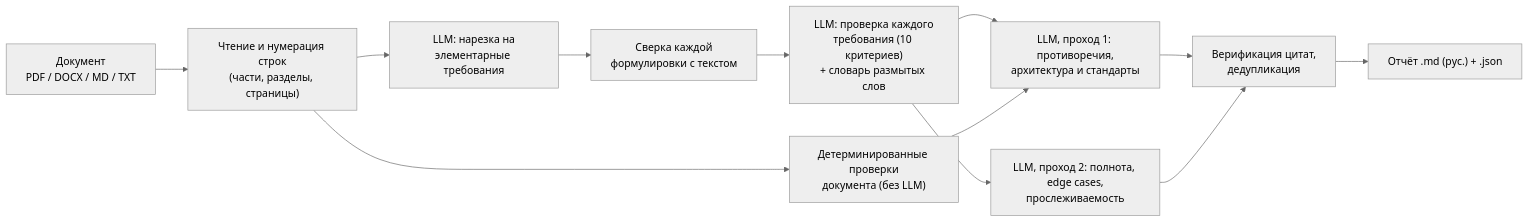
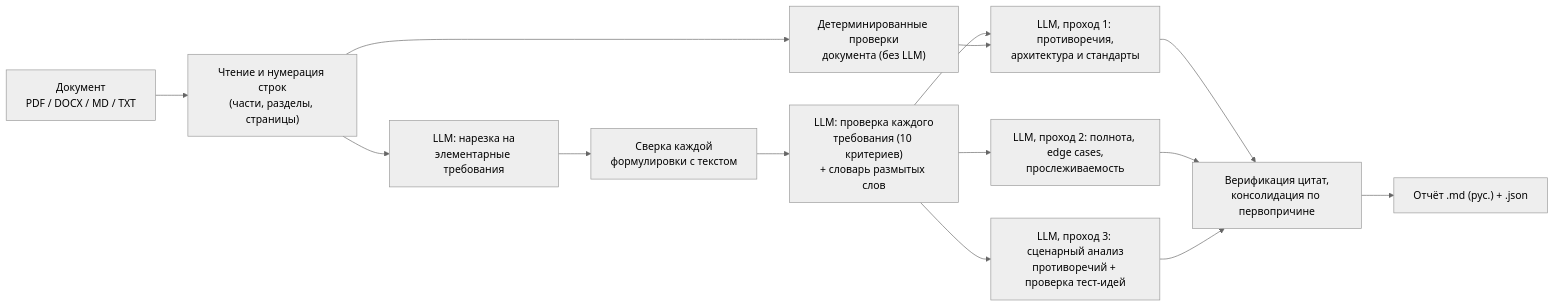
The diagram in README.md (gooflamingo75/req-review-agent), drawn with Mermaid (neutral theme) before and after one commit. The commit also changed other lines of this file and 6 other files, not shown here.

````diff
--- a/README.md
+++ b/README.md
@@ -128,14 +128,16 @@
 ```mermaid
 flowchart LR
     A["Документ<br>PDF / DOCX / MD / TXT"] --> B["Чтение и нумерация строк<br>(части, разделы, страницы)"]
     B --> C["LLM: нарезка на<br>элементарные требования"]
     C --> V1["Сверка каждой<br>формулировки с текстом"]
     V1 --> D["LLM: проверка каждого<br>требования (10 критериев)<br>+ словарь размытых слов"]
     D --> E1["LLM, проход 1: противоречия,<br>архитектура и стандарты"]
     D --> E2["LLM, проход 2: полнота, edge cases,<br>прослеживаемость"]
+    D --> E3["LLM, проход 3: сценарный анализ<br>противоречий + проверка тест-идей"]
     B --> RL["Детерминированные проверки<br>документа (без LLM)"]
     RL --> E1
-    E1 --> V2["Верификация цитат,<br>дедупликация"]
+    E1 --> V2["Верификация цитат,<br>консолидация по первопричине"]
     E2 --> V2
+    E3 --> V2
     V2 --> F["Отчёт .md (рус.) + .json"]
 ```
````
